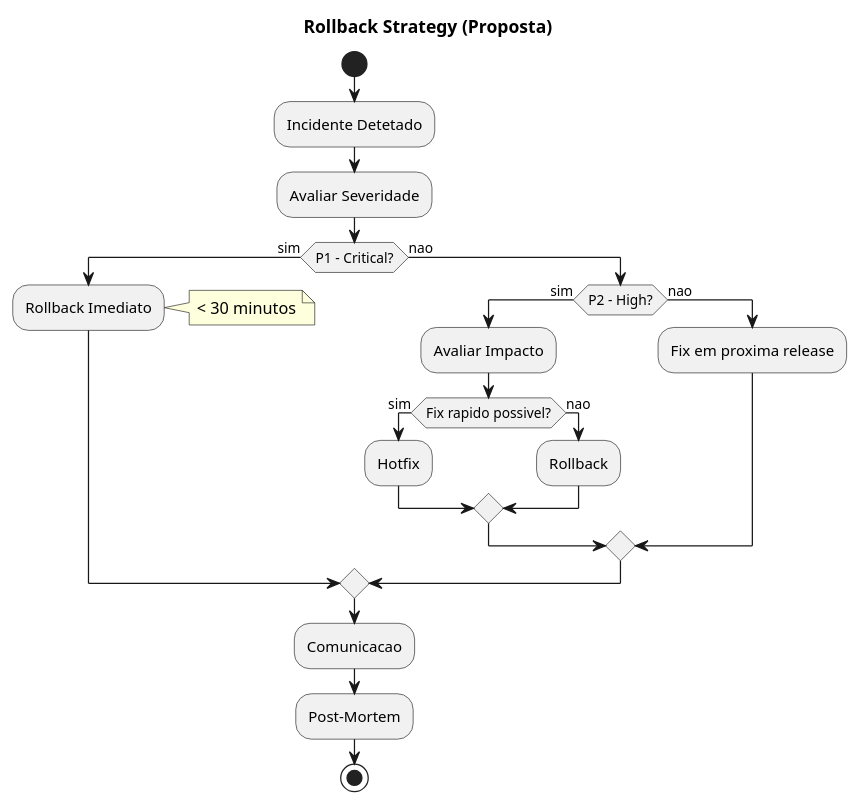
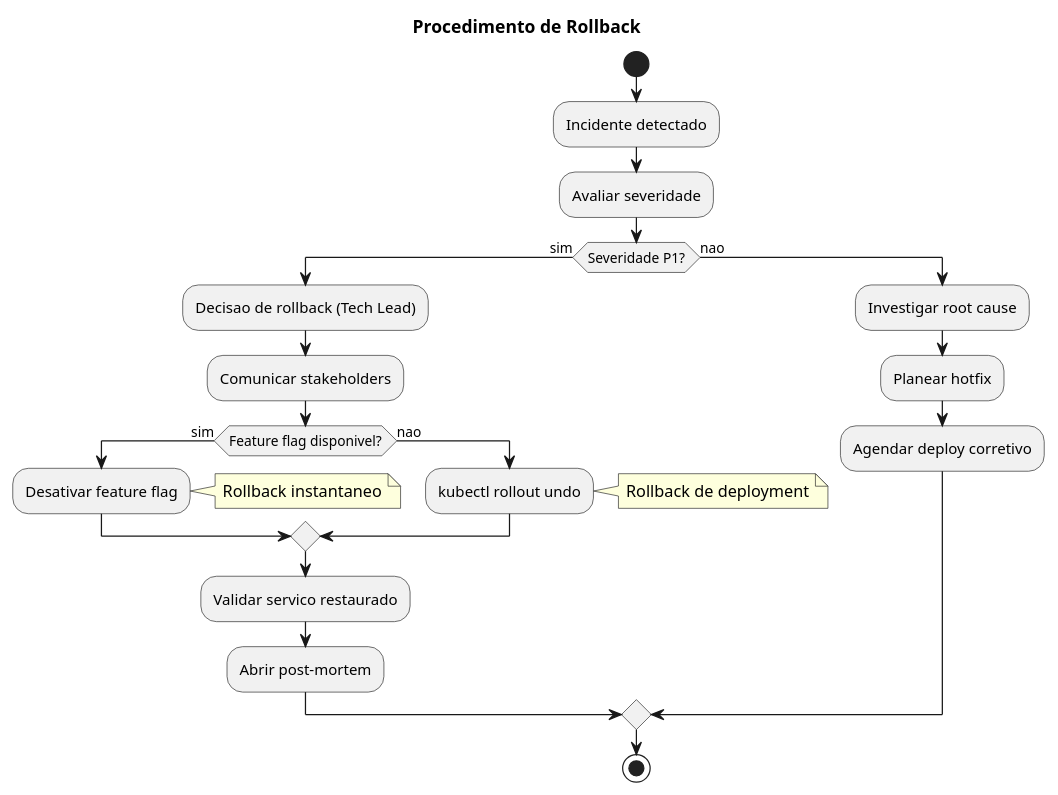
One commit to beduardo/novobanco_website_doc changed the fourth of 4 diagrams in current/sections/SEC-14-plano-migracao-implementacao.md. Above: the diagram before and after it, drawn with PlantUML. The commit also changed other lines of this file and 17 other files, not shown here.

````diff
--- a/current/sections/SEC-14-plano-migracao-implementacao.md
+++ b/current/sections/SEC-14-plano-migracao-implementacao.md
@@ -248,35 +215,34 @@
 ```plantuml
 @startuml
 skinparam backgroundColor white
 
-title Rollback Strategy (Proposta)
+title Procedimento de Rollback
 
 start
+:Incidente detectado;
+:Avaliar severidade;
 
-:Incidente Detetado;
+if (Severidade P1?) then (sim)
+    :Decisao de rollback (Tech Lead);
+    :Comunicar stakeholders;
 
-:Avaliar Severidade;
+    if (Feature flag disponivel?) then (sim)
+        :Desativar feature flag;
+        note right: Rollback instantaneo
+    else (nao)
+        :kubectl rollout undo;
+        note right: Rollback de deployment
+    endif
 
-if (P1 - Critical?) then (sim)
-  :Rollback Imediato;
-  note right: < 30 minutos
+    :Validar servico restaurado;
+    :Abrir post-mortem;
 else (nao)
-  if (P2 - High?) then (sim)
-    :Avaliar Impacto;
-    if (Fix rapido possivel?) then (sim)
-      :Hotfix;
-    else (nao)
-      :Rollback;
-    endif
-  else (nao)
-    :Fix em proxima release;
-  endif
+    :Investigar root cause;
+    :Planear hotfix;
+    :Agendar deploy corretivo;
 endif
-
-:Comunicacao;
-:Post-Mortem;
 
 stop
 
 @enduml
 ```
````
